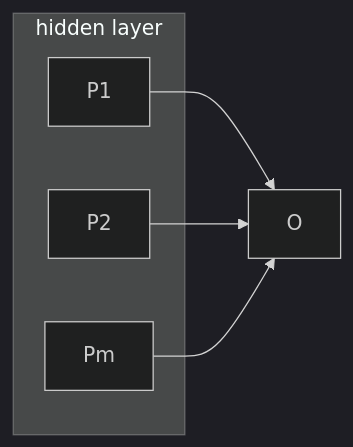
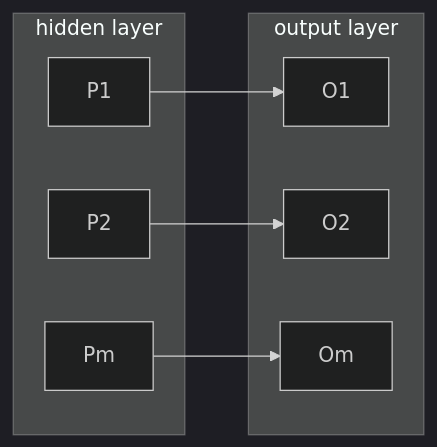
Before and after one commit to elaplas/autograd: the fourth of 5 diagrams in README.md, drawn with Mermaid (dark theme). The commit also changed other lines of this file and 2 other files, not shown here.

Commit message:
Add multi layer perceptron

````diff
--- a/README.md
+++ b/README.md
@@ -64,12 +64,18 @@
 ```mermaid
 graph LR;
     subgraph hidden layer
         P1[P1]
         P2[P2]
         Pm[Pm]
     end
 
-    P1 --> O
-    P2 --> O
-    Pm --> O
+    subgraph output layer
+        O1[O1]
+        O2[O2]
+        Om[Om]
+    end
+
+    P1 --> O1
+    P2 --> O2
+    Pm --> Om
 ```
````
